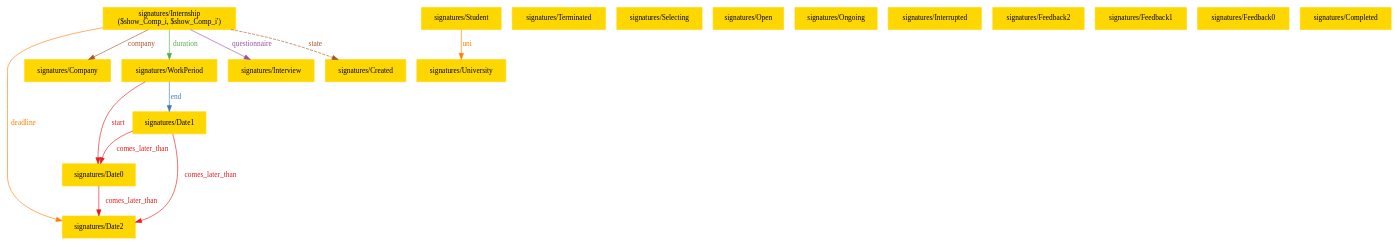
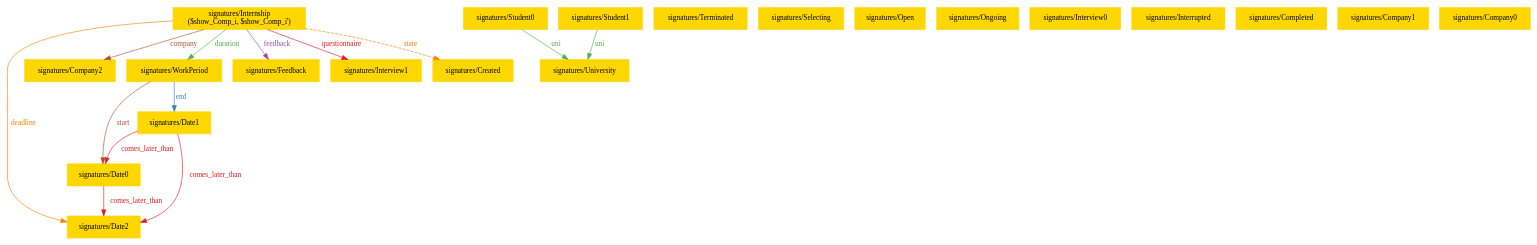
The diagram in RASD/sources/Images/Alloy_images/Alloy_1-1.dot (lorenzo-cmyk/PF_INGSW2_2024_25), drawn with Graphviz before and after one commit. The commit also changed 4 other files, not shown here.

```diff
--- a/RASD/sources/Images/Alloy_images/Alloy_1-1.dot
+++ b/RASD/sources/Images/Alloy_images/Alloy_1-1.dot
@@ -1,36 +1,40 @@
 digraph "graph" {
 graph [fontsize=12]
 node [fontsize=12]
 edge [fontsize=12]
 rankdir=TB;
-"N15" -> "N14" [uuid = "<signatures/Date0, signatures/Date2>", color = "#e41a1c", fontcolor = "#e41a1c", style = "solid", label = "comes_later_than", dir = "forward", weight = "1"]
-"N16" -> "N15" [uuid = "<signatures/Date1, signatures/Date0>", color = "#e41a1c", fontcolor = "#e41a1c", style = "solid", label = "comes_later_than", dir = "forward", weight = "1"]
-"N16" -> "N14" [uuid = "<signatures/Date1, signatures/Date2>", color = "#e41a1c", fontcolor = "#e41a1c", style = "solid", label = "comes_later_than", dir = "forward", weight = "1"]
-"N18" -> "N13" [uuid = "<signatures/Internship, signatures/Company>", color = "#a65628", fontcolor = "#a65628", style = "solid", label = "company", dir = "forward", weight = "1"]
-"N18" -> "N14" [uuid = "<signatures/Internship, signatures/Date2>", color = "#ff7f00", fontcolor = "#ff7f00", style = "solid", label = "deadline", dir = "forward", weight = "1"]
-"N18" -> "N17" [uuid = "<signatures/Internship, signatures/WorkPeriod>", color = "#4daf4a", fontcolor = "#4daf4a", style = "solid", label = "duration", dir = "forward", weight = "1"]
-"N17" -> "N16" [uuid = "<signatures/WorkPeriod, signatures/Date1>", color = "#377eb8", fontcolor = "#377eb8", style = "solid", label = "end", dir = "forward", weight = "1"]
-"N18" -> "N12" [uuid = "<signatures/Internship, signatures/Interview>", color = "#984ea3", fontcolor = "#984ea3", style = "solid", label = "questionnaire", dir = "forward", weight = "1"]
-"N17" -> "N15" [uuid = "<signatures/WorkPeriod, signatures/Date0>", color = "#e41a1c", fontcolor = "#e41a1c", style = "solid", label = "start", dir = "forward", weight = "1"]
-"N18" -> "N11" [uuid = "<signatures/Internship, signatures/Created>", color = "#a65628", fontcolor = "#a65628", style = "dashed", label = "state", dir = "forward", weight = "1"]
-"N10" -> "N9" [uuid = "<signatures/Student, signatures/University>", color = "#ff7f00", fontcolor = "#ff7f00", style = "solid", label = "uni", dir = "forward", weight = "1"]
+"N17" -> "N16" [uuid = "<signatures/Date0, signatures/Date2>", color = "#e41a1c", fontcolor = "#e41a1c", style = "solid", label = "comes_later_than", dir = "forward", weight = "1"]
+"N18" -> "N17" [uuid = "<signatures/Date1, signatures/Date0>", color = "#e41a1c", fontcolor = "#e41a1c", style = "solid", label = "comes_later_than", dir = "forward", weight = "1"]
+"N18" -> "N16" [uuid = "<signatures/Date1, signatures/Date2>", color = "#e41a1c", fontcolor = "#e41a1c", style = "solid", label = "comes_later_than", dir = "forward", weight = "1"]
+"N20" -> "N15" [uuid = "<signatures/Internship, signatures/Company2>", color = "#a65628", fontcolor = "#a65628", style = "solid", label = "company", dir = "forward", weight = "1"]
+"N20" -> "N16" [uuid = "<signatures/Internship, signatures/Date2>", color = "#ff7f00", fontcolor = "#ff7f00", style = "solid", label = "deadline", dir = "forward", weight = "1"]
+"N20" -> "N19" [uuid = "<signatures/Internship, signatures/WorkPeriod>", color = "#4daf4a", fontcolor = "#4daf4a", style = "solid", label = "duration", dir = "forward", weight = "1"]
+"N19" -> "N18" [uuid = "<signatures/WorkPeriod, signatures/Date1>", color = "#377eb8", fontcolor = "#377eb8", style = "solid", label = "end", dir = "forward", weight = "1"]
+"N20" -> "N14" [uuid = "<signatures/Internship, signatures/Feedback>", color = "#984ea3", fontcolor = "#984ea3", style = "solid", label = "feedback", dir = "forward", weight = "1"]
+"N20" -> "N13" [uuid = "<signatures/Internship, signatures/Interview1>", color = "#e41a1c", fontcolor = "#e41a1c", style = "solid", label = "questionnaire", dir = "forward", weight = "1"]
+"N19" -> "N17" [uuid = "<signatures/WorkPeriod, signatures/Date0>", color = "#a65628", fontcolor = "#a65628", style = "solid", label = "start", dir = "forward", weight = "1"]
+"N20" -> "N12" [uuid = "<signatures/Internship, signatures/Created>", color = "#ff7f00", fontcolor = "#ff7f00", style = "dashed", label = "state", dir = "forward", weight = "1"]
+"N10" -> "N9" [uuid = "<signatures/Student0, signatures/University>", color = "#4daf4a", fontcolor = "#4daf4a", style = "solid", label = "uni", dir = "forward", weight = "1"]
+"N11" -> "N9" [uuid = "<signatures/Student1, signatures/University>", color = "#4daf4a", fontcolor = "#4daf4a", style = "solid", label = "uni", dir = "forward", weight = "1"]
 "N0" [uuid="signatures/Terminated", label="signatures/Terminated", color="#ffd700", fontcolor = "#000000", shape = "box", style = "filled, solid"]
 "N1" [uuid="signatures/Selecting", label="signatures/Selecting", color="#ffd700", fontcolor = "#000000", shape = "box", style = "filled, solid"]
 "N2" [uuid="signatures/Open", label="signatures/Open", color="#ffd700", fontcolor = "#000000", shape = "box", style = "filled, solid"]
 "N3" [uuid="signatures/Ongoing", label="signatures/Ongoing", color="#ffd700", fontcolor = "#000000", shape = "box", style = "filled, solid"]
-"N4" [uuid="signatures/Interrupted", label="signatures/Interrupted", color="#ffd700", fontcolor = "#000000", shape = "box", style = "filled, solid"]
-"N5" [uuid="signatures/Feedback2", label="signatures/Feedback2", color="#ffd700", fontcolor = "#000000", shape = "box", style = "filled, solid"]
-"N6" [uuid="signatures/Feedback1", label="signatures/Feedback1", color="#ffd700", fontcolor = "#000000", shape = "box", style = "filled, solid"]
-"N7" [uuid="signatures/Feedback0", label="signatures/Feedback0", color="#ffd700", fontcolor = "#000000", shape = "box", style = "filled, solid"]
-"N8" [uuid="signatures/Completed", label="signatures/Completed", color="#ffd700", fontcolor = "#000000", shape = "box", style = "filled, solid"]
+"N4" [uuid="signatures/Interview0", label="signatures/Interview0", color="#ffd700", fontcolor = "#000000", shape = "box", style = "filled, solid"]
+"N5" [uuid="signatures/Interrupted", label="signatures/Interrupted", color="#ffd700", fontcolor = "#000000", shape = "box", style = "filled, solid"]
+"N6" [uuid="signatures/Completed", label="signatures/Completed", color="#ffd700", fontcolor = "#000000", shape = "box", style = "filled, solid"]
+"N7" [uuid="signatures/Company1", label="signatures/Company1", color="#ffd700", fontcolor = "#000000", shape = "box", style = "filled, solid"]
+"N8" [uuid="signatures/Company0", label="signatures/Company0", color="#ffd700", fontcolor = "#000000", shape = "box", style = "filled, solid"]
 "N9" [uuid="signatures/University", label="signatures/University", color="#ffd700", fontcolor = "#000000", shape = "box", style = "filled, solid"]
-"N10" [uuid="signatures/Student", label="signatures/Student", color="#ffd700", fontcolor = "#000000", shape = "box", style = "filled, solid"]
-"N11" [uuid="signatures/Created", label="signatures/Created", color="#ffd700", fontcolor = "#000000", shape = "box", style = "filled, solid"]
-"N12" [uuid="signatures/Interview", label="signatures/Interview", color="#ffd700", fontcolor = "#000000", shape = "box", style = "filled, solid"]
-"N13" [uuid="signatures/Company", label="signatures/Company", color="#ffd700", fontcolor = "#000000", shape = "box", style = "filled, solid"]
-"N14" [uuid="signatures/Date2", label="signatures/Date2", color="#ffd700", fontcolor = "#000000", shape = "box", style = "filled, solid"]
-"N15" [uuid="signatures/Date0", label="signatures/Date0", color="#ffd700", fontcolor = "#000000", shape = "box", style = "filled, solid"]
-"N16" [uuid="signatures/Date1", label="signatures/Date1", color="#ffd700", fontcolor = "#000000", shape = "box", style = "filled, solid"]
-"N17" [uuid="signatures/WorkPeriod", label="signatures/WorkPeriod", color="#ffd700", fontcolor = "#000000", shape = "box", style = "filled, solid"]
-"N18" [uuid="signatures/Internship", label="signatures/Internship\n($show_Comp_i, $show_Comp_i')", color="#ffd700", fontcolor = "#000000", shape = "box", style = "filled, solid"]
+"N10" [uuid="signatures/Student0", label="signatures/Student0", color="#ffd700", fontcolor = "#000000", shape = "box", style = "filled, solid"]
+"N11" [uuid="signatures/Student1", label="signatures/Student1", color="#ffd700", fontcolor = "#000000", shape = "box", style = "filled, solid"]
+"N12" [uuid="signatures/Created", label="signatures/Created", color="#ffd700", fontcolor = "#000000", shape = "box", style = "filled, solid"]
+"N13" [uuid="signatures/Interview1", label="signatures/Interview1", color="#ffd700", fontcolor = "#000000", shape = "box", style = "filled, solid"]
+"N14" [uuid="signatures/Feedback", label="signatures/Feedback", color="#ffd700", fontcolor = "#000000", shape = "box", style = "filled, solid"]
+"N15" [uuid="signatures/Company2", label="signatures/Company2", color="#ffd700", fontcolor = "#000000", shape = "box", style = "filled, solid"]
+"N16" [uuid="signatures/Date2", label="signatures/Date2", color="#ffd700", fontcolor = "#000000", shape = "box", style = "filled, solid"]
+"N17" [uuid="signatures/Date0", label="signatures/Date0", color="#ffd700", fontcolor = "#000000", shape = "box", style = "filled, solid"]
+"N18" [uuid="signatures/Date1", label="signatures/Date1", color="#ffd700", fontcolor = "#000000", shape = "box", style = "filled, solid"]
+"N19" [uuid="signatures/WorkPeriod", label="signatures/WorkPeriod", color="#ffd700", fontcolor = "#000000", shape = "box", style = "filled, solid"]
+"N20" [uuid="signatures/Internship", label="signatures/Internship\n($show_Comp_i, $show_Comp_i')", color="#ffd700", fontcolor = "#000000", shape = "box", style = "filled, solid"]
 }
```
